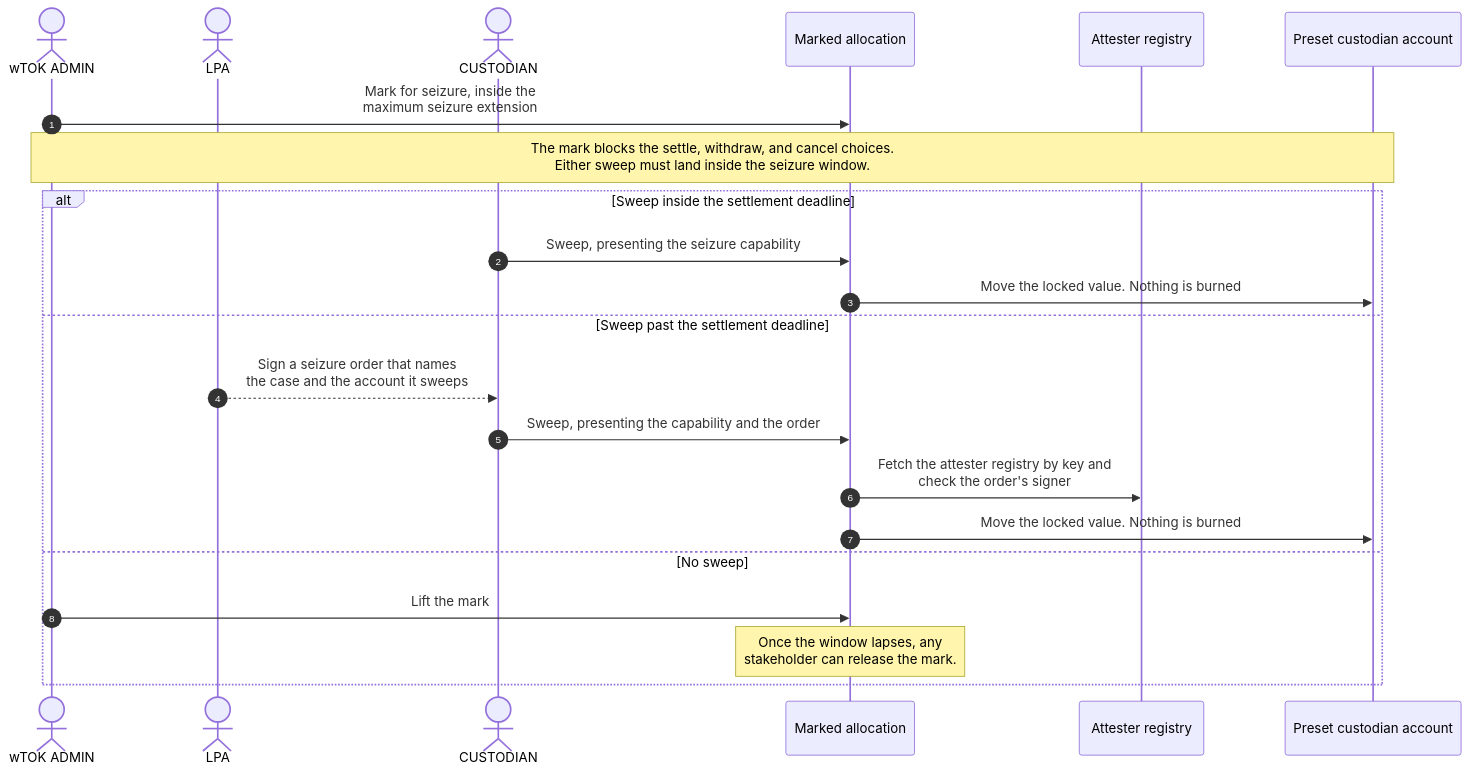
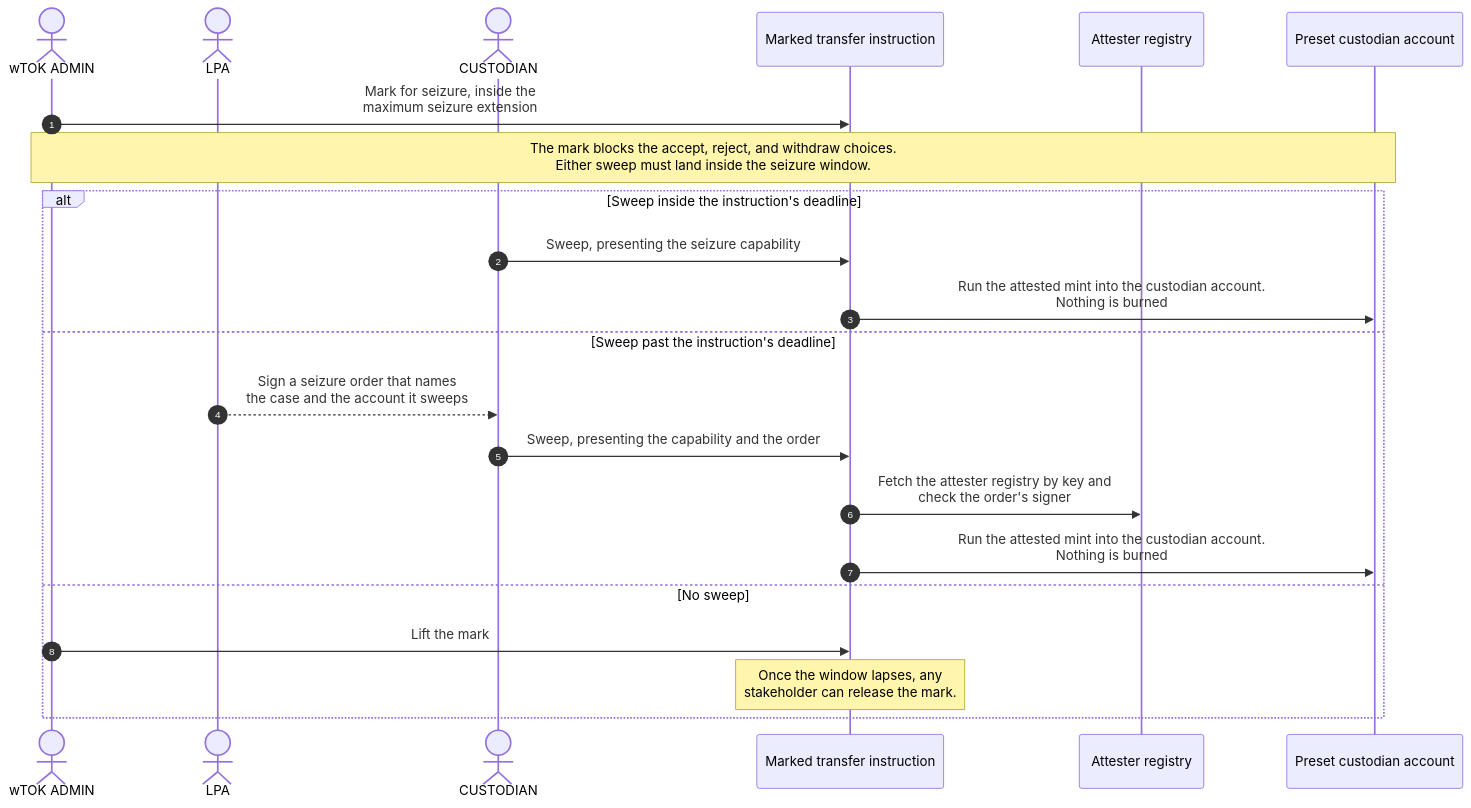
Before and after one commit to OpenZeppelin/canton-specs: the fourth of 4 diagrams in docs/reference-architectures/cross-chain-stablecoin.md, drawn with Mermaid. The commit also changed other lines of this file, not shown here.

Commit message:
redesign to use transfer flow

````diff
--- a/docs/reference-architectures/cross-chain-stablecoin.md
+++ b/docs/reference-architectures/cross-chain-stablecoin.md
@@ -948,25 +1017,25 @@
 ```mermaid
 sequenceDiagram
     autonumber
     actor Admin as wTOK ADMIN
     actor Authority as LPA
     actor Custodian as CUSTODIAN
-    participant Target as Marked allocation
+    participant Target as Marked transfer instruction
     participant AttReg as Attester registry
     participant Custody as Preset custodian account
 
     Admin->>Target: Mark for seizure, inside the<br/>maximum seizure extension
-    Note over Admin,Custody: The mark blocks the settle, withdraw, and cancel choices.<br/>Either sweep must land inside the seizure window.
-    alt Sweep inside the settlement deadline
+    Note over Admin,Custody: The mark blocks the accept, reject, and withdraw choices.<br/>Either sweep must land inside the seizure window.
+    alt Sweep inside the instruction's deadline
         Custodian->>Target: Sweep, presenting the seizure capability
-        Target->>Custody: Move the locked value. Nothing is burned
-    else Sweep past the settlement deadline
+        Target->>Custody: Run the attested mint into the custodian account.<br/>Nothing is burned
+    else Sweep past the instruction's deadline
         Authority-->>Custodian: Sign a seizure order that names<br/>the case and the account it sweeps
         Custodian->>Target: Sweep, presenting the capability and the order
         Target->>AttReg: Fetch the attester registry by key and<br/>check the order's signer
-        Target->>Custody: Move the locked value. Nothing is burned
+        Target->>Custody: Run the attested mint into the custodian account.<br/>Nothing is burned
     else No sweep
         Admin->>Target: Lift the mark
         Note over Target: Once the window lapses, any<br/>stakeholder can release the mark.
     end
 ```
````
